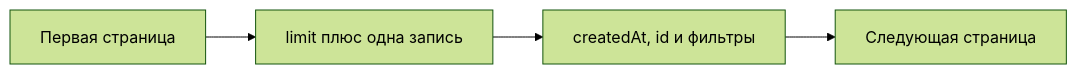
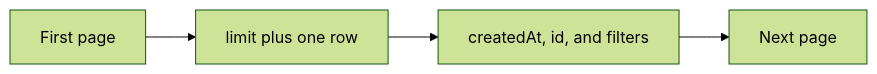
The second of 2 diagrams in courses-content/backend/A/1/en/5.2.3 Просмотр истории трансформаций файлов пользователя.md (pavel-skripko-innowise/inno-fe-be-a1), drawn with Mermaid (forest theme) before and after one commit. The commit also changed other lines of this file and 35 other files, not shown here.

````diff
--- a/courses-content/backend/A/1/en/5.2.3 Просмотр истории трансформаций файлов пользователя.md
+++ b/courses-content/backend/A/1/en/5.2.3 Просмотр истории трансформаций файлов пользователя.md
@@ -54,6 +54,6 @@
 ```mermaid
 flowchart LR
-  First[Первая страница] --> Rows[limit плюс одна запись]
-  Rows --> Cursor[createdAt, id и фильтры]
-  Cursor --> Next[Следующая страница]
+  First[First page] --> Rows[limit plus one row]
+  Rows --> Cursor["createdAt, id, and filters"]
+  Cursor --> Next[Next page]
 ```
````
